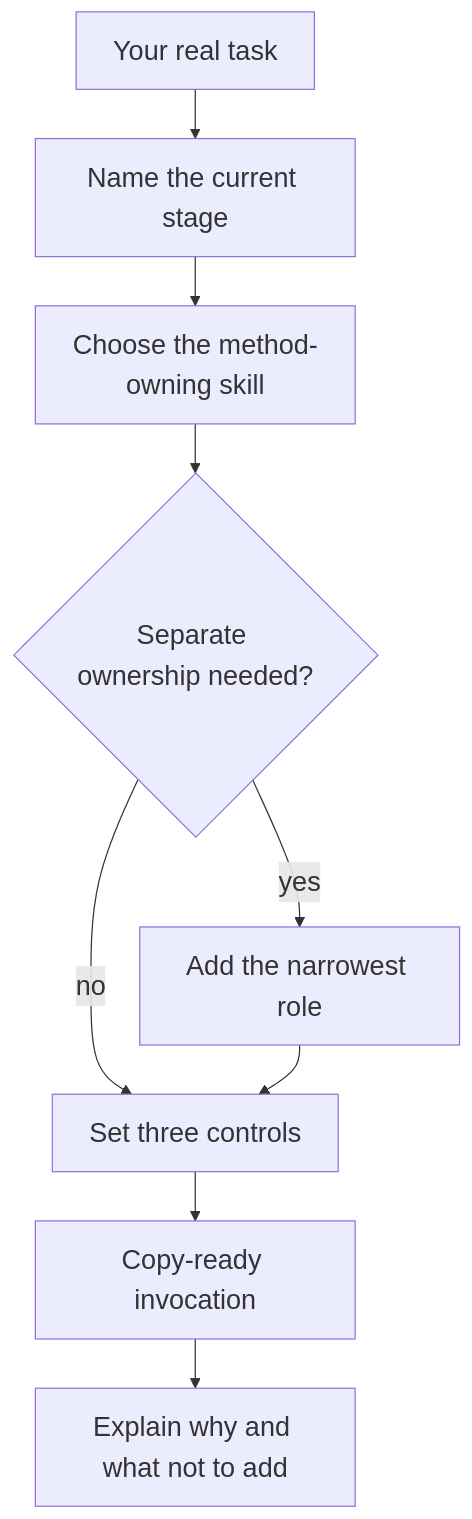
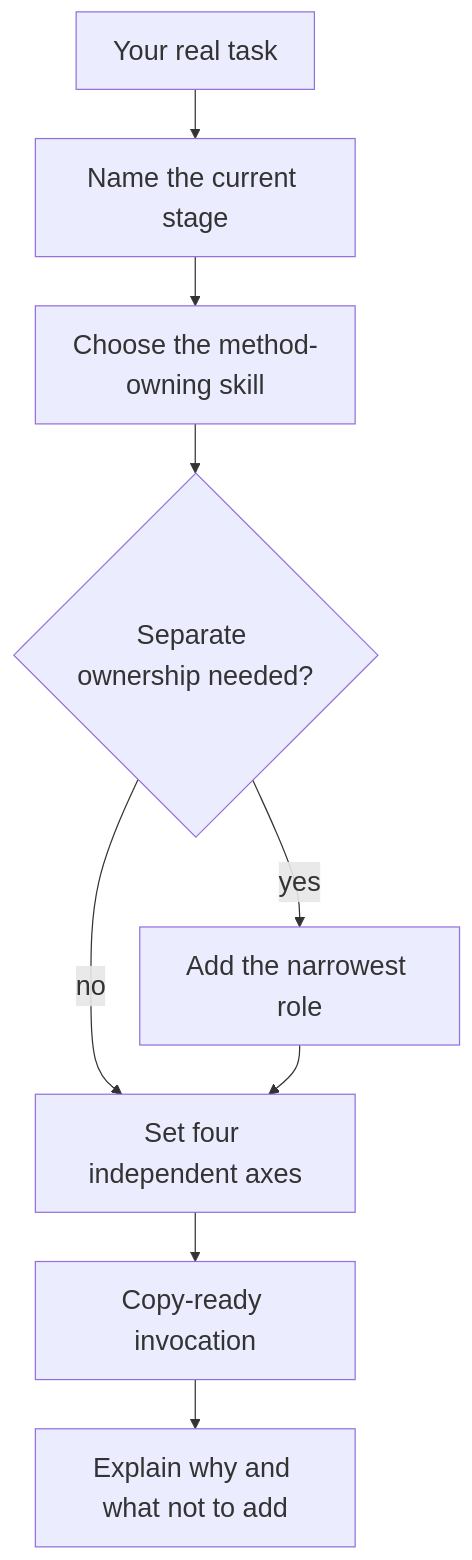
One commit to trykA123/skillify changed the diagram in teaching/skillify/README.md. Above: the diagram before and after it, drawn with Mermaid. The commit also changed other lines of this file and 31 other files, not shown here.

````diff
--- a/teaching/skillify/README.md
+++ b/teaching/skillify/README.md
@@ -21,12 +21,12 @@
 ```mermaid
 %%{init: {"themeVariables": {"fontSize": "22px"}, "flowchart": {"nodeSpacing": 35, "rankSpacing": 40}}}%%
 flowchart TB
     Task[Your real task] --> Stage[Name the current stage]
     Stage --> Skill[Choose the method-owning skill]
     Skill --> Role{Separate ownership needed?}
-    Role -->|no| Controls[Set three controls]
+    Role -->|no| Controls[Set four independent axes]
     Role -->|yes| Agent[Add the narrowest role]
     Agent --> Controls
     Controls --> Prompt[Copy-ready invocation]
     Prompt --> Explain[Explain why and what not to add]
 ```
````
